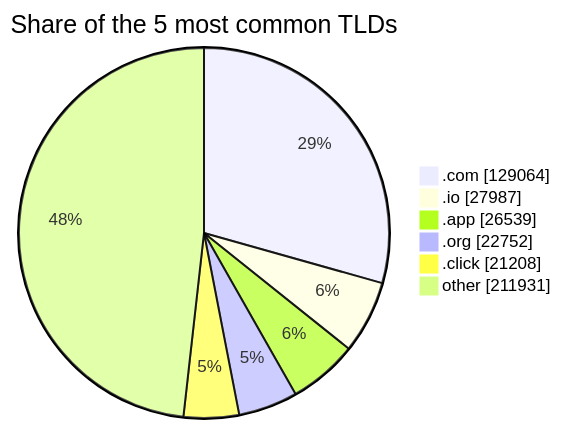
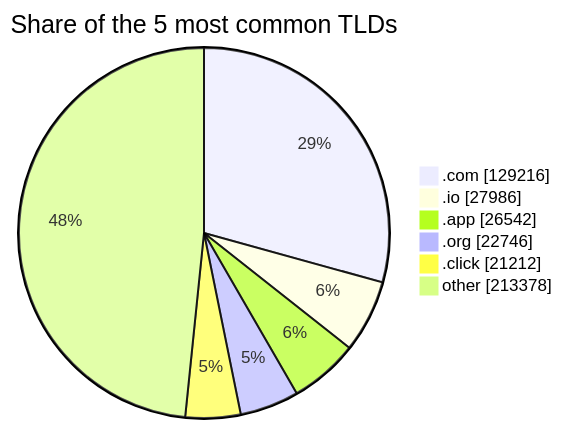
One commit to DNSBunker/CTI changed the third of 3 diagrams in README.md. Above: the diagram before and after it, drawn with Mermaid. The commit also changed other lines of this file and 3 other files, not shown here.

````diff
--- a/README.md
+++ b/README.md
@@ -81,9 +81,9 @@
 ```mermaid
 pie showData title Share of the 5 most common TLDs
-    ".com" : 129064
-    ".io" : 27987
-    ".app" : 26539
-    ".org" : 22752
-    ".click" : 21208
-    "other" : 211931
+    ".com" : 129216
+    ".io" : 27986
+    ".app" : 26542
+    ".org" : 22746
+    ".click" : 21212
+    "other" : 213378
 ```
````
